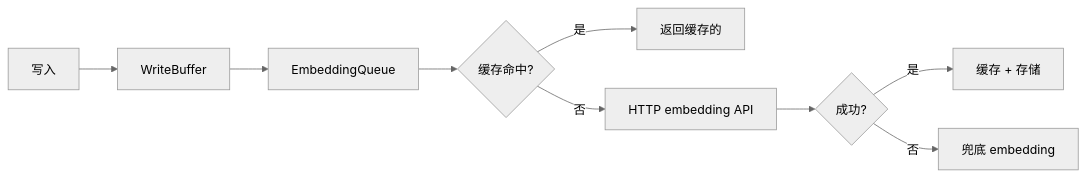
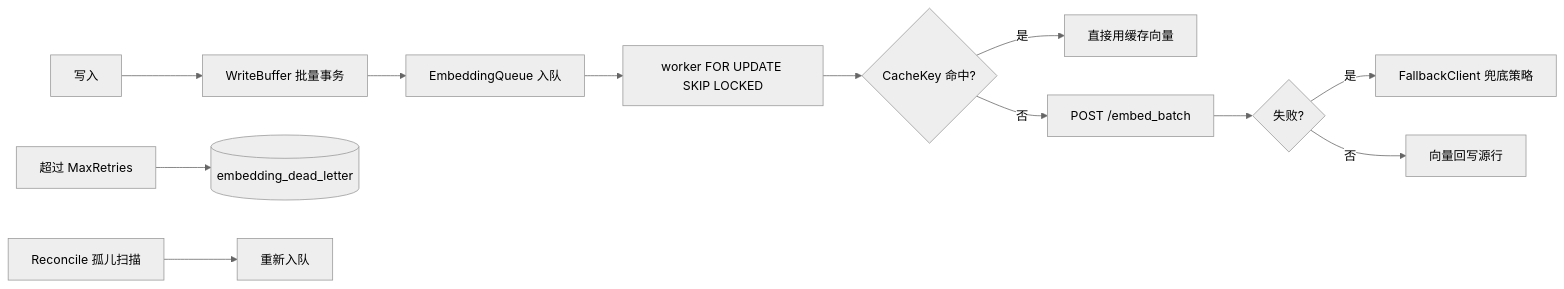
Before and after one commit to Timwood0x10/ARES: the third of 3 diagrams in docs/articles/zh/19-storage-layer.md, drawn with Mermaid (neutral theme). The commit also changed other lines of this file and 2423 other files, not shown here.

````diff
--- a/docs/articles/zh/19-storage-layer.md
+++ b/docs/articles/zh/19-storage-layer.md
@@ -116,11 +106,14 @@
 ```mermaid
 flowchart LR
-    W[写入] --> B[WriteBuffer]
-    B --> Q[EmbeddingQueue]
-    Q --> C{缓存命中?}
-    C -->|是| R[返回缓存的]
-    C -->|否| H[HTTP embedding API]
-    H --> F{成功?}
-    F -->|是| C2[缓存 + 存储]
-    F -->|否| FB[兜底 embedding]
+    W[写入] --> B[WriteBuffer 批量事务]
+    B --> Q[EmbeddingQueue 入队]
+    Q --> WK[worker FOR UPDATE SKIP LOCKED]
+    WK --> C{CacheKey 命中?}
+    C -->|是| R[直接用缓存向量]
+    C -->|否| H[POST /embed_batch]
+    H --> F{失败?}
+    F -->|是| FB[FallbackClient 兜底策略]
+    F -->|否| WB[向量回写源行]
+    FA[超过 MaxRetries] --> DL[(embedding_dead_letter)]
+    DC[Reconcile 孤儿扫描] --> RQ[重新入队]
 ```
````
